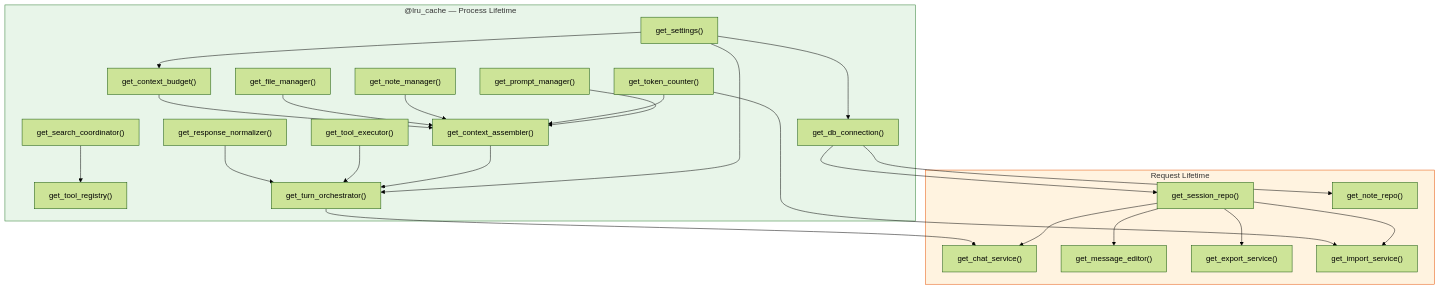
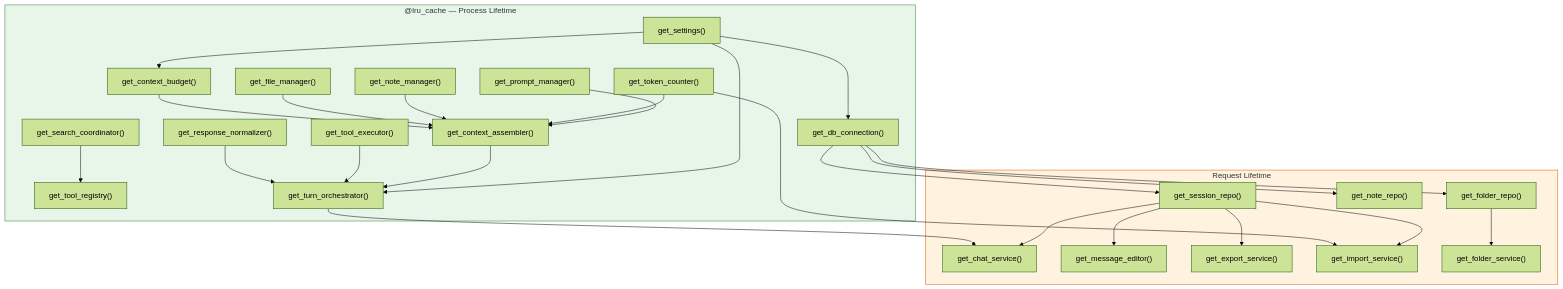
Before and after one commit to m1981/kuchnie: the sixth of 17 diagrams in kitchen-agent/docs/specs/architecture-diagrams.md, drawn with Mermaid (forest theme). The commit also changed other lines of this file and 1 other file, not shown here.

First line of the commit message:
docs: update architecture diagrams to align with current codebase

````diff
--- a/kitchen-agent/docs/specs/architecture-diagrams.md
+++ b/kitchen-agent/docs/specs/architecture-diagrams.md
@@ -406,51 +433,55 @@
 ```mermaid
 graph TD
     subgraph Singletons["@lru_cache — Process Lifetime"]
         Settings["get_settings()"]
         DB["get_db_connection()"]
         ToolRegistry["get_tool_registry()"]
         PromptMgr["get_prompt_manager()"]
         Normalizer["get_response_normalizer()"]
         TokenCounter["get_token_counter()"]
         SearchCoord["get_search_coordinator()"]
         NoteMgr["get_note_manager()"]
         FileMgr["get_file_manager()"]
         ContextBudget["get_context_budget()"]
         ContextAssembler["get_context_assembler()"]
         ToolExec["get_tool_executor()"]
         Orchestrator["get_turn_orchestrator()"]
     end
 
     subgraph RequestScoped["Request Lifetime"]
         SessionRepo["get_session_repo()"]
         NoteRepo["get_note_repo()"]
+        FolderRepo["get_folder_repo()"]
         ChatSvc["get_chat_service()"]
         MsgEditor["get_message_editor()"]
         ExportSvc["get_export_service()"]
         ImportSvc["get_import_service()"]
+        FolderSvc["get_folder_service()"]
     end
 
     Settings --> DB
     Settings --> ContextBudget
     Settings --> Orchestrator
     DB --> SessionRepo
     DB --> NoteRepo
+    DB --> FolderRepo
     SearchCoord --> ToolRegistry
     PromptMgr --> ContextAssembler
     TokenCounter --> ContextAssembler
     NoteMgr --> ContextAssembler
     FileMgr --> ContextAssembler
     ContextBudget --> ContextAssembler
     ContextAssembler --> Orchestrator
     ToolExec --> Orchestrator
     Normalizer --> Orchestrator
     SessionRepo --> ChatSvc
     Orchestrator --> ChatSvc
     SessionRepo --> MsgEditor
     SessionRepo --> ExportSvc
     SessionRepo --> ImportSvc
+    FolderRepo --> FolderSvc
     TokenCounter --> ImportSvc
 
     style Singletons fill:#e8f5e9,stroke:#2E7D32
     style RequestScoped fill:#fff3e0,stroke:#E65100
 ```
````
